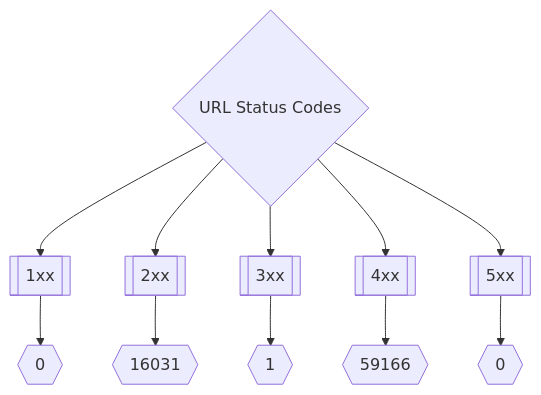
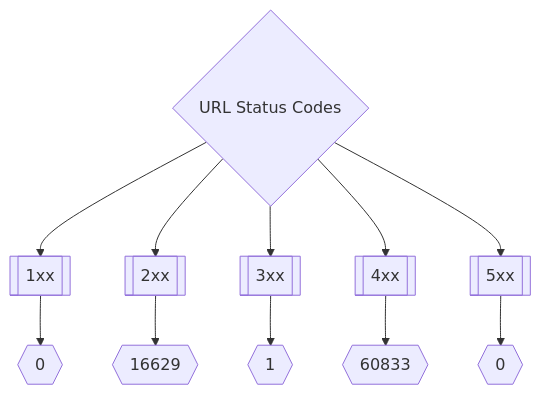
One commit to trickest/inventory changed the second of 3 diagrams in README.md. Above: the diagram before and after it, drawn with Mermaid. The commit also changed other lines of this file and 98 other files, not shown here.

````diff
--- a/README.md
+++ b/README.md
@@ -173,8 +173,8 @@
 ```mermaid
 graph TD
 title{URL Status Codes} --> 1xx[[1xx]] --> status1xxNum{{0}}
-title --> 2xx[[2xx]] --> status2xxNum{{16031}}
+title --> 2xx[[2xx]] --> status2xxNum{{16629}}
 title --> 3xx[[3xx]] --> status3xxNum{{1}}
-title --> 4xx[[4xx]] --> status4xxNum{{59166}}
+title --> 4xx[[4xx]] --> status4xxNum{{60833}}
 title --> 5xx[[5xx]] --> status5xxNum{{0}}
 ```
````
